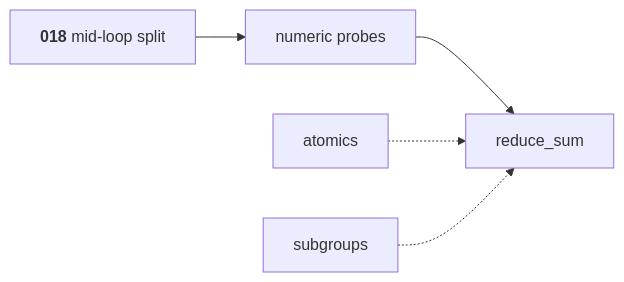
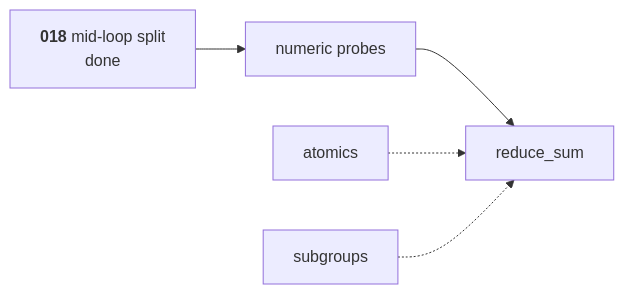
The diagram in specs/020-cooperative-atomics.md (golang-design/accel), drawn with Mermaid before and after one commit. The commit also changed other lines of this file and 3 other files, not shown here.

First line of the commit message:
specs: 018 is complete, including the mid-loop split

````diff
--- a/specs/020-cooperative-atomics.md
+++ b/specs/020-cooperative-atomics.md
@@ -48,6 +47,6 @@
 ```mermaid
 flowchart LR
-    T["<b>018</b> mid-loop split"] --> P["numeric probes"] --> R["reduce_sum"]
+    T["<b>018</b> mid-loop split<br/>done"] --> P["numeric probes"] --> R["reduce_sum"]
     A["atomics"] -.-> R
     S["subgroups"] -.-> R
 ```
````
